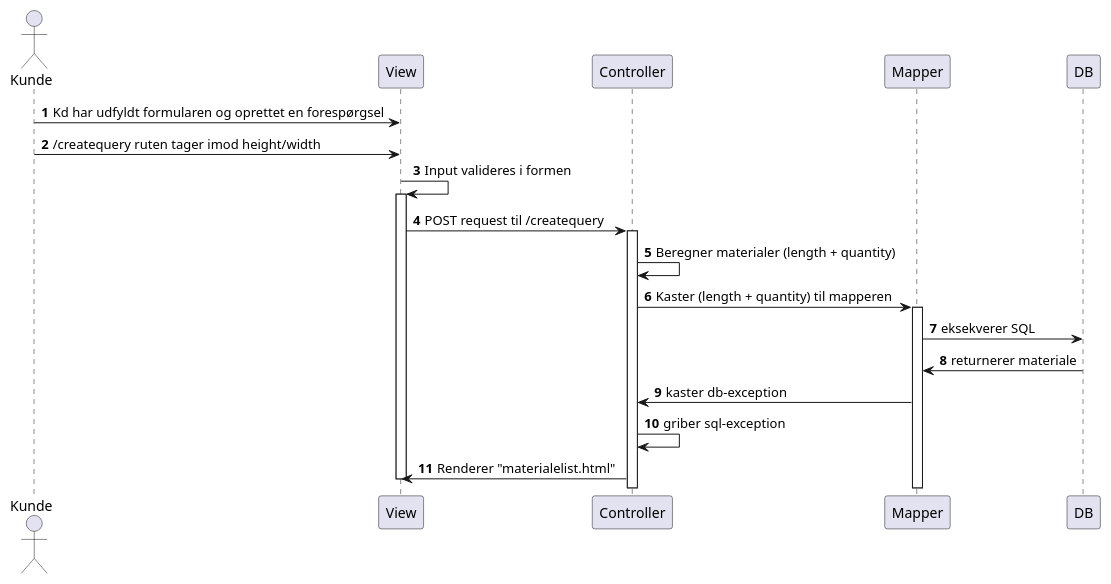
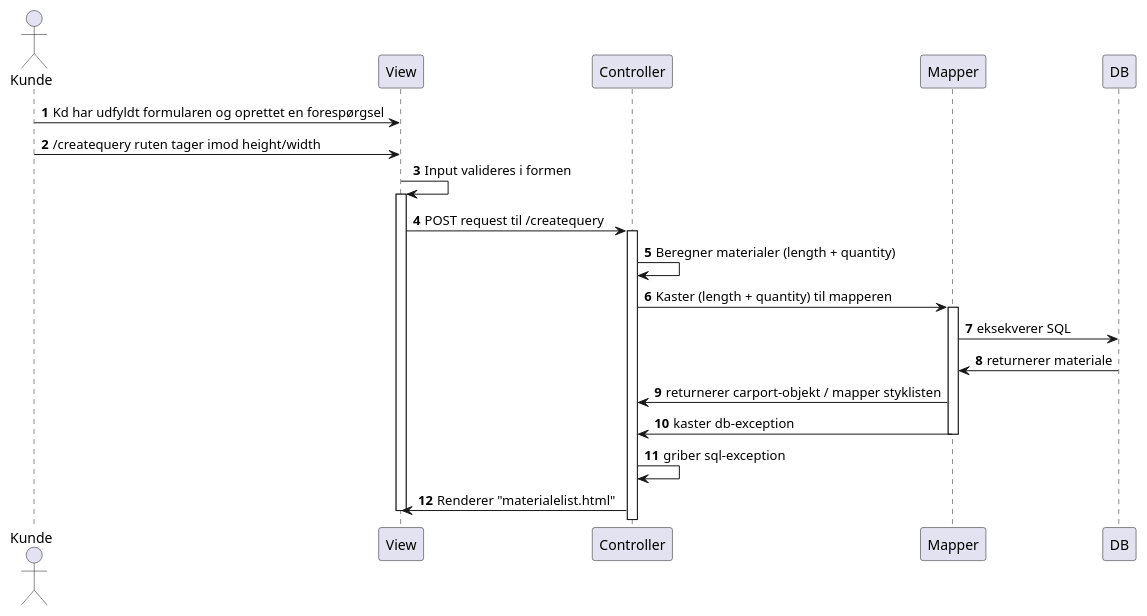
Before and after one commit to mridrisisci/fog-projekt: the diagram in docs/Sequence diagrams/us3-beregn-stykliste.puml, drawn with PlantUML.

Commit message:
umiddelbart færdigt skv. diagram

```diff
--- a/docs/Sequence diagrams/us3-beregn-stykliste.puml
+++ b/docs/Sequence diagrams/us3-beregn-stykliste.puml
@@ -1,29 +1,31 @@
 @startuml
 'https://plantuml.com/sequence-diagram
 
 autonumber
 
 Actor Kunde
 participant View as V
 participant Controller as C
 participant Mapper as M
 participant DB
 
 
 Kunde -> V: Kd har udfyldt formularen og oprettet en forespørgsel
 Kunde -> V: /createquery ruten tager imod height/width
 V -> V: Input valideres i formen
 activate V
 V -> C: POST request til /createquery
 activate C
 C -> C: Beregner materialer (length + quantity)
 C -> M: Kaster (length + quantity) til mapperen
 activate M
 M -> DB: eksekverer SQL
 DB -> M: returnerer materiale
+M -> C: returnerer carport-objekt / mapper styklisten
 M -> C: kaster db-exception
+deactivate M
 C -> C: griber sql-exception
 C -> V: Renderer "materialelist.html"
 
 deactivate V
 @enduml
```
